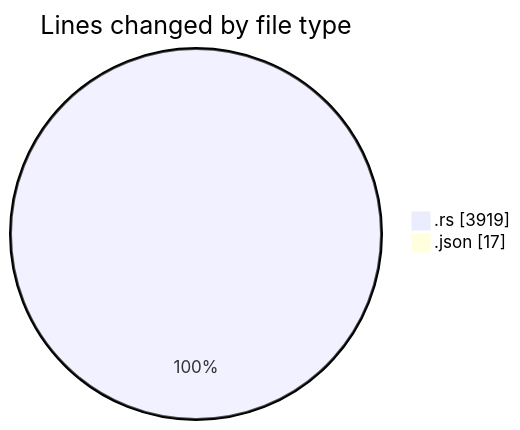
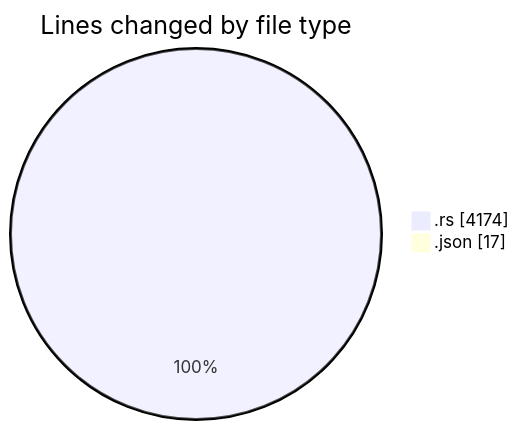
Before and after one commit to Ritupan-Deka/code-tracking: the first of 2 diagrams in 2025-12-28/rust/README.md, drawn with Mermaid. The commit also changed other lines of this file and 1 other file, not shown here.

````diff
--- a/2025-12-28/rust/README.md
+++ b/2025-12-28/rust/README.md
@@ -23,6 +23,6 @@
 ```mermaid
 pie showData
 title Lines changed by file type
-".rs" : 3919
+".rs" : 4174
 ".json" : 17
 ```
````
